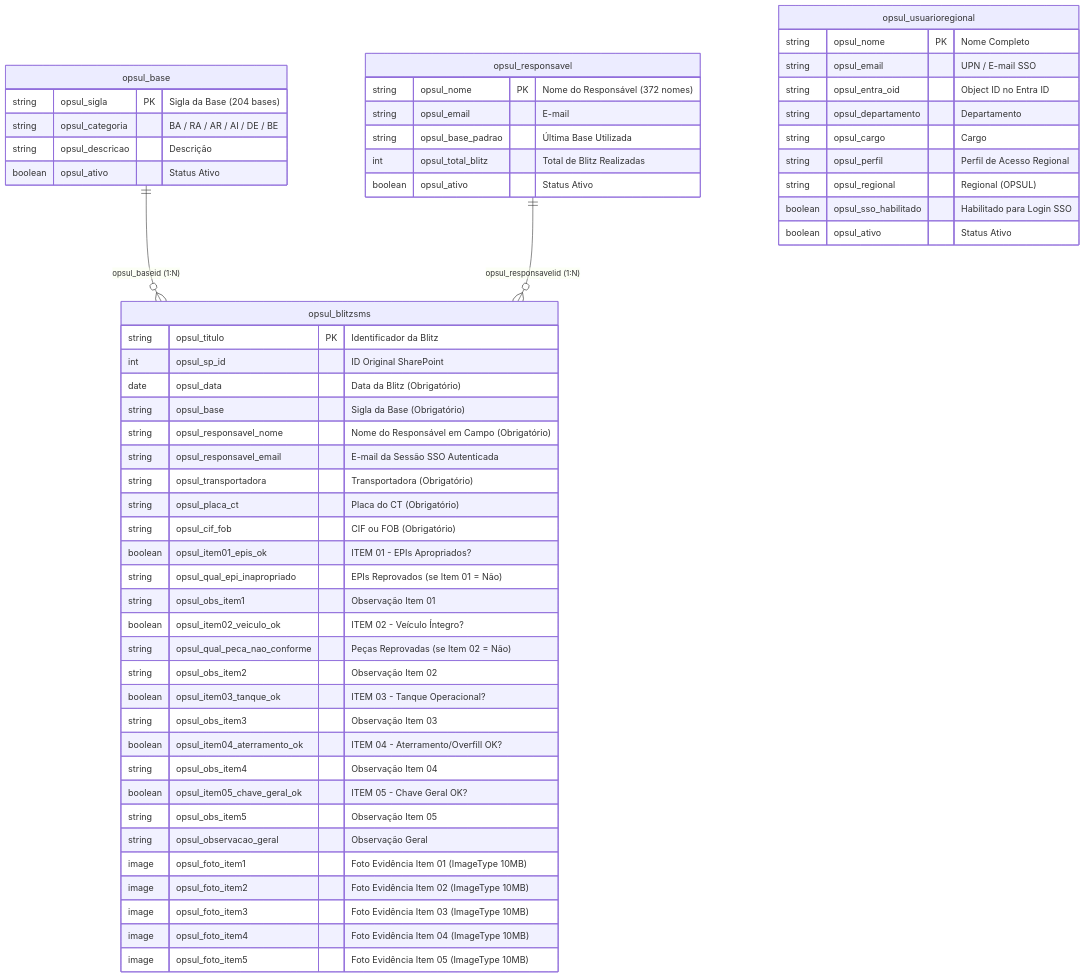
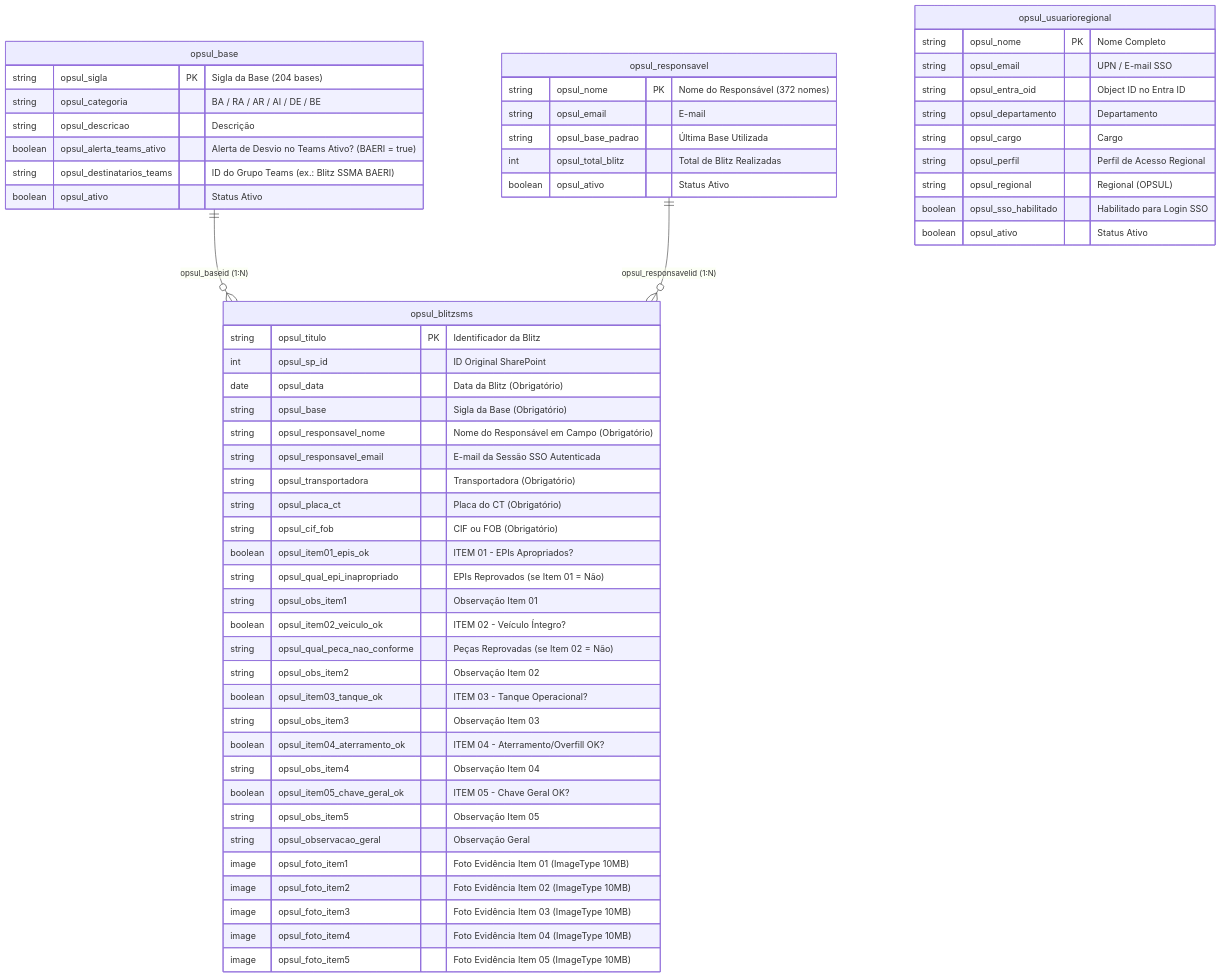
Before and after one commit to CRISTIANCARLOS/vibra-oper-opsul-blitz-sms: the diagram in docs/ARQUITETURA_E_MODELO_RELACIONAL.md, drawn with Mermaid. The commit also changed other lines of this file and 15 other files, not shown here.

Commit message:
feat(teams): alerta automatico de desvio na BAERI para o grupo Blitz SSMA BAERI (v1.4.0)

````diff
--- a/docs/ARQUITETURA_E_MODELO_RELACIONAL.md
+++ b/docs/ARQUITETURA_E_MODELO_RELACIONAL.md
@@ -13,58 +13,60 @@
 ```mermaid
 erDiagram
     opsul_base ||--o{ opsul_blitzsms : "opsul_baseid (1:N)"
     opsul_responsavel ||--o{ opsul_blitzsms : "opsul_responsavelid (1:N)"
     opsul_usuarioregional {
         string opsul_nome PK "Nome Completo"
         string opsul_email "UPN / E-mail SSO"
         string opsul_entra_oid "Object ID no Entra ID"
         string opsul_departamento "Departamento"
         string opsul_cargo "Cargo"
         string opsul_perfil "Perfil de Acesso Regional"
         string opsul_regional "Regional (OPSUL)"
         boolean opsul_sso_habilitado "Habilitado para Login SSO"
         boolean opsul_ativo "Status Ativo"
     }
     opsul_base {
         string opsul_sigla PK "Sigla da Base (204 bases)"
         string opsul_categoria "BA / RA / AR / AI / DE / BE"
         string opsul_descricao "Descrição"
+        boolean opsul_alerta_teams_ativo "Alerta de Desvio no Teams Ativo? (BAERI = true)"
+        string opsul_destinatarios_teams "ID do Grupo Teams (ex.: Blitz SSMA BAERI)"
         boolean opsul_ativo "Status Ativo"
     }
     opsul_responsavel {
         string opsul_nome PK "Nome do Responsável (372 nomes)"
         string opsul_email "E-mail"
         string opsul_base_padrao "Última Base Utilizada"
         int opsul_total_blitz "Total de Blitz Realizadas"
         boolean opsul_ativo "Status Ativo"
     }
     opsul_blitzsms {
         string opsul_titulo PK "Identificador da Blitz"
         int opsul_sp_id "ID Original SharePoint"
         date opsul_data "Data da Blitz (Obrigatório)"
         string opsul_base "Sigla da Base (Obrigatório)"
         string opsul_responsavel_nome "Nome do Responsável em Campo (Obrigatório)"
         string opsul_responsavel_email "E-mail da Sessão SSO Autenticada"
         string opsul_transportadora "Transportadora (Obrigatório)"
         string opsul_placa_ct "Placa do CT (Obrigatório)"
         string opsul_cif_fob "CIF ou FOB (Obrigatório)"
         boolean opsul_item01_epis_ok "ITEM 01 - EPIs Apropriados?"
         string opsul_qual_epi_inapropriado "EPIs Reprovados (se Item 01 = Não)"
         string opsul_obs_item1 "Observação Item 01"
         boolean opsul_item02_veiculo_ok "ITEM 02 - Veículo Íntegro?"
         string opsul_qual_peca_nao_conforme "Peças Reprovadas (se Item 02 = Não)"
         string opsul_obs_item2 "Observação Item 02"
         boolean opsul_item03_tanque_ok "ITEM 03 - Tanque Operacional?"
         string opsul_obs_item3 "Observação Item 03"
         boolean opsul_item04_aterramento_ok "ITEM 04 - Aterramento/Overfill OK?"
         string opsul_obs_item4 "Observação Item 04"
         boolean opsul_item05_chave_geral_ok "ITEM 05 - Chave Geral OK?"
         string opsul_obs_item5 "Observação Item 05"
         string opsul_observacao_geral "Observação Geral"
         image opsul_foto_item1 "Foto Evidência Item 01 (ImageType 10MB)"
         image opsul_foto_item2 "Foto Evidência Item 02 (ImageType 10MB)"
         image opsul_foto_item3 "Foto Evidência Item 03 (ImageType 10MB)"
         image opsul_foto_item4 "Foto Evidência Item 04 (ImageType 10MB)"
         image opsul_foto_item5 "Foto Evidência Item 05 (ImageType 10MB)"
     }
 ```
````
